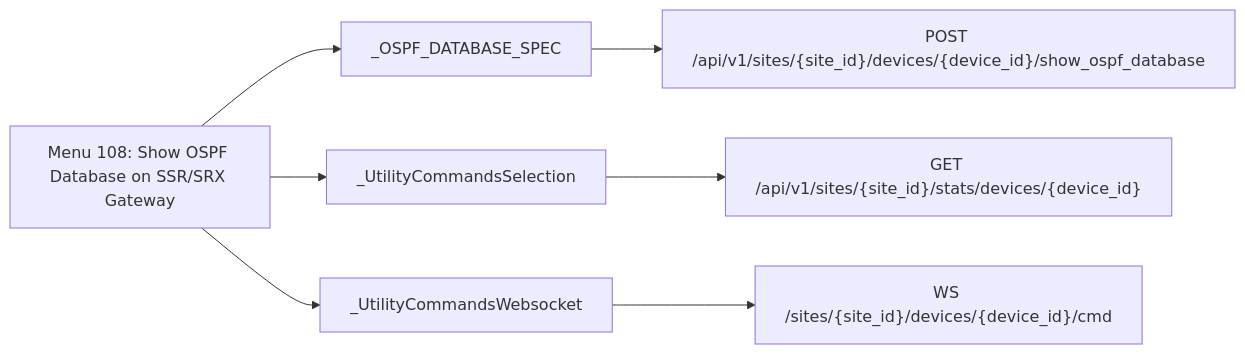
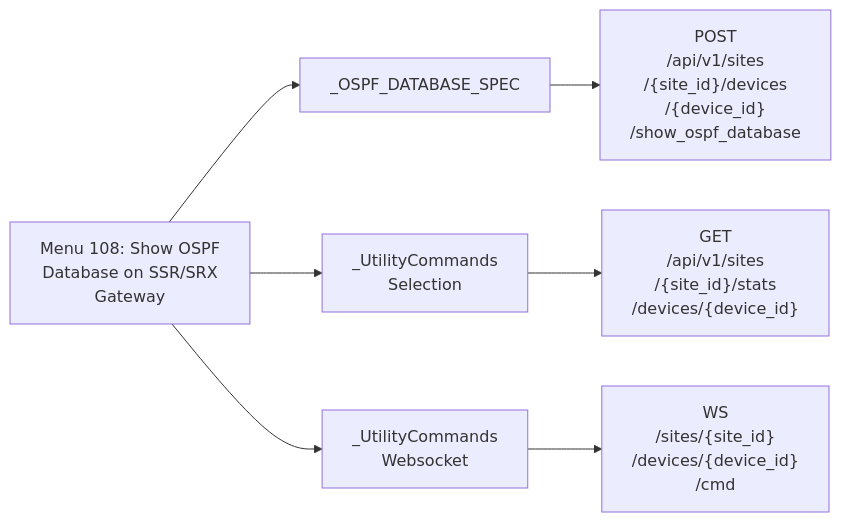
One commit to jmorrison-juniper/MistHelper changed the eighth of 23 diagrams in documentation/menu-api/websocket.md. Above: the diagram before and after it, drawn with Mermaid. The commit also changed other lines of this file and 19 other files, not shown here.

First line of the commit message:
docs(menu-api): fit the Mermaid diagrams to the wiki column

````diff
--- a/documentation/menu-api/websocket.md
+++ b/documentation/menu-api/websocket.md
@@ -273,10 +181,10 @@
 ```mermaid
 flowchart LR
-    menu["Menu 108: Show OSPF Database on SSR/SRX Gateway"]
+    menu["Menu 108: Show OSPF<br/>Database on SSR/SRX<br/>Gateway"]
     menu --> c1["_OSPF_DATABASE_SPEC"]
-    c1 --> e1["POST /api/v1/sites/{site_id}/devices/{device_id}/show_ospf_database"]
-    menu --> c2["_UtilityCommandsSelection"]
-    c2 --> e2["GET /api/v1/sites/{site_id}/stats/devices/{device_id}"]
-    menu --> c3["_UtilityCommandsWebsocket"]
-    c3 --> e3["WS /sites/{site_id}/devices/{device_id}/cmd"]
+    c1 --> e1["POST<br/>/api/v1/sites<br/>/{site_id}/devices<br/>/{device_id}<br/>/show_ospf_database"]
+    menu --> c2["_UtilityCommands<br/>Selection"]
+    c2 --> e2["GET<br/>/api/v1/sites<br/>/{site_id}/stats<br/>/devices/{device_id}"]
+    menu --> c3["_UtilityCommands<br/>Websocket"]
+    c3 --> e3["WS<br/>/sites/{site_id}<br/>/devices/{device_id}<br/>/cmd"]
 ```
````
